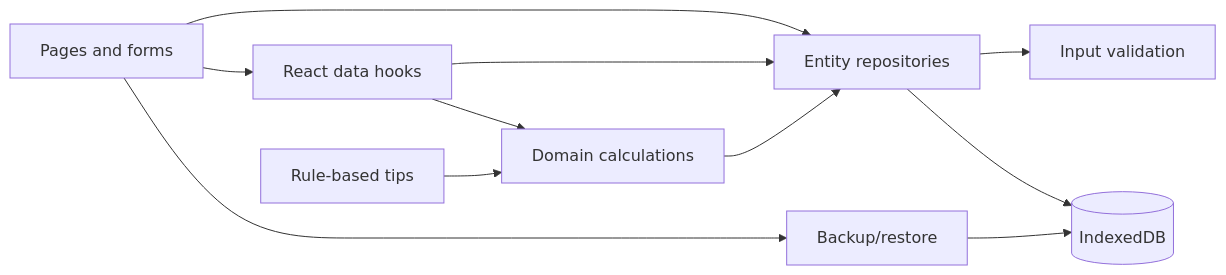
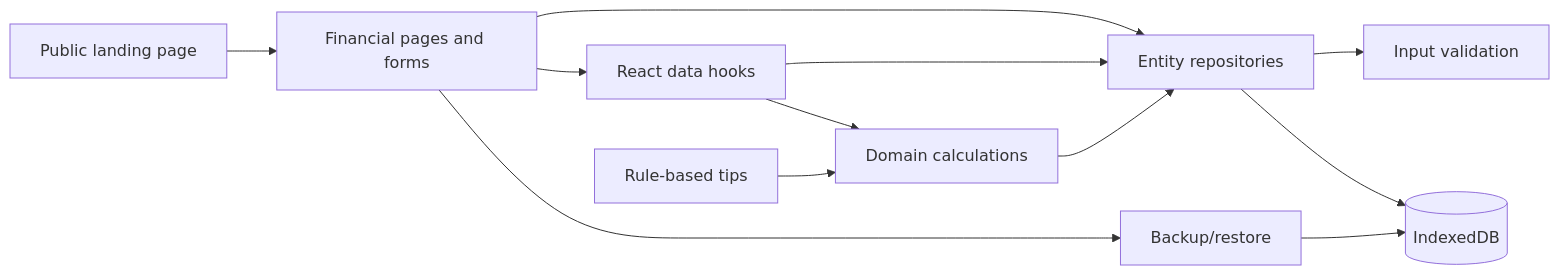
Before and after one commit to Y4NN777/Tracklet: the diagram in docs/diagrams/C4/03-component.md, drawn with Mermaid. The commit also changed 11 other files, not shown here.

Commit message:
feat: add public Tracklet landing page

````diff
--- a/docs/diagrams/C4/03-component.md
+++ b/docs/diagrams/C4/03-component.md
@@ -3,22 +3,24 @@
 ```mermaid
 flowchart LR
-  pages[Pages and forms]
+  landing[Public landing page]
+  pages[Financial pages and forms]
   hooks[React data hooks]
   calcs[Domain calculations]
   tips[Rule-based tips]
   backup[Backup/restore]
   repositories[Entity repositories]
   validation[Input validation]
   db[(IndexedDB)]
 
+  landing --> pages
   pages --> hooks
   pages --> backup
   pages --> repositories
   hooks --> calcs
   hooks --> repositories
   calcs --> repositories
   tips --> calcs
   repositories --> validation
   repositories --> db
   backup --> db
 ```
````
